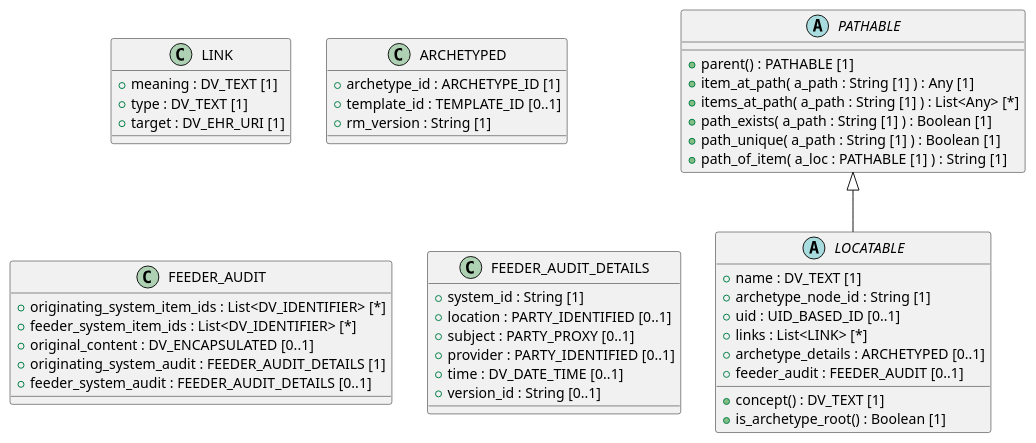
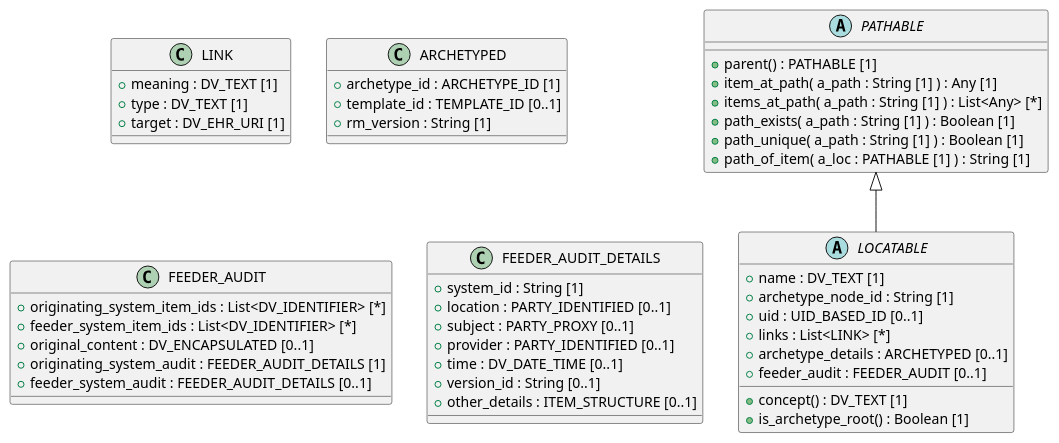
The diagram in code/Adoc/openehr_rm_1.1.0/plantUML/packages/org.openehr.rm.common.archetyped.adoc (sebastian-iancu/code-generator), drawn with PlantUML before and after one commit. The commit also changed 719 other files, not shown here.

```diff
--- a/code/Adoc/openehr_rm_1.1.0/plantUML/packages/org.openehr.rm.common.archetyped.adoc
+++ b/code/Adoc/openehr_rm_1.1.0/plantUML/packages/org.openehr.rm.common.archetyped.adoc
@@ -1,57 +1,58 @@
 [plantuml,archetyped,format=svg,svg-type="inline"]
 -----
 @startuml
 
 abstract class PATHABLE {
   + parent() : PATHABLE [1]
   + item_at_path( a_path : String [1] ) : Any [1]
   + items_at_path( a_path : String [1] ) : List<Any> [*]
   + path_exists( a_path : String [1] ) : Boolean [1]
   + path_unique( a_path : String [1] ) : Boolean [1]
   + path_of_item( a_loc : PATHABLE [1] ) : String [1]
 }
 
 class LINK {
   + meaning : DV_TEXT [1]
   + type : DV_TEXT [1]
   + target : DV_EHR_URI [1]
 }
 
 abstract class LOCATABLE {
   + name : DV_TEXT [1]
   + archetype_node_id : String [1]
   + uid : UID_BASED_ID [0..1]
   + links : List<LINK> [*]
   + archetype_details : ARCHETYPED [0..1]
   + feeder_audit : FEEDER_AUDIT [0..1]
   + concept() : DV_TEXT [1]
   + is_archetype_root() : Boolean [1]
 }
 
 class ARCHETYPED {
   + archetype_id : ARCHETYPE_ID [1]
   + template_id : TEMPLATE_ID [0..1]
   + rm_version : String [1]
 }
 
 class FEEDER_AUDIT {
   + originating_system_item_ids : List<DV_IDENTIFIER> [*]
   + feeder_system_item_ids : List<DV_IDENTIFIER> [*]
   + original_content : DV_ENCAPSULATED [0..1]
   + originating_system_audit : FEEDER_AUDIT_DETAILS [1]
   + feeder_system_audit : FEEDER_AUDIT_DETAILS [0..1]
 }
 
 class FEEDER_AUDIT_DETAILS {
   + system_id : String [1]
   + location : PARTY_IDENTIFIED [0..1]
   + subject : PARTY_PROXY [0..1]
   + provider : PARTY_IDENTIFIED [0..1]
   + time : DV_DATE_TIME [0..1]
   + version_id : String [0..1]
+  + other_details : ITEM_STRUCTURE [0..1]
 }
 
 PATHABLE <|-- LOCATABLE
 
 @enduml
 -----
```
